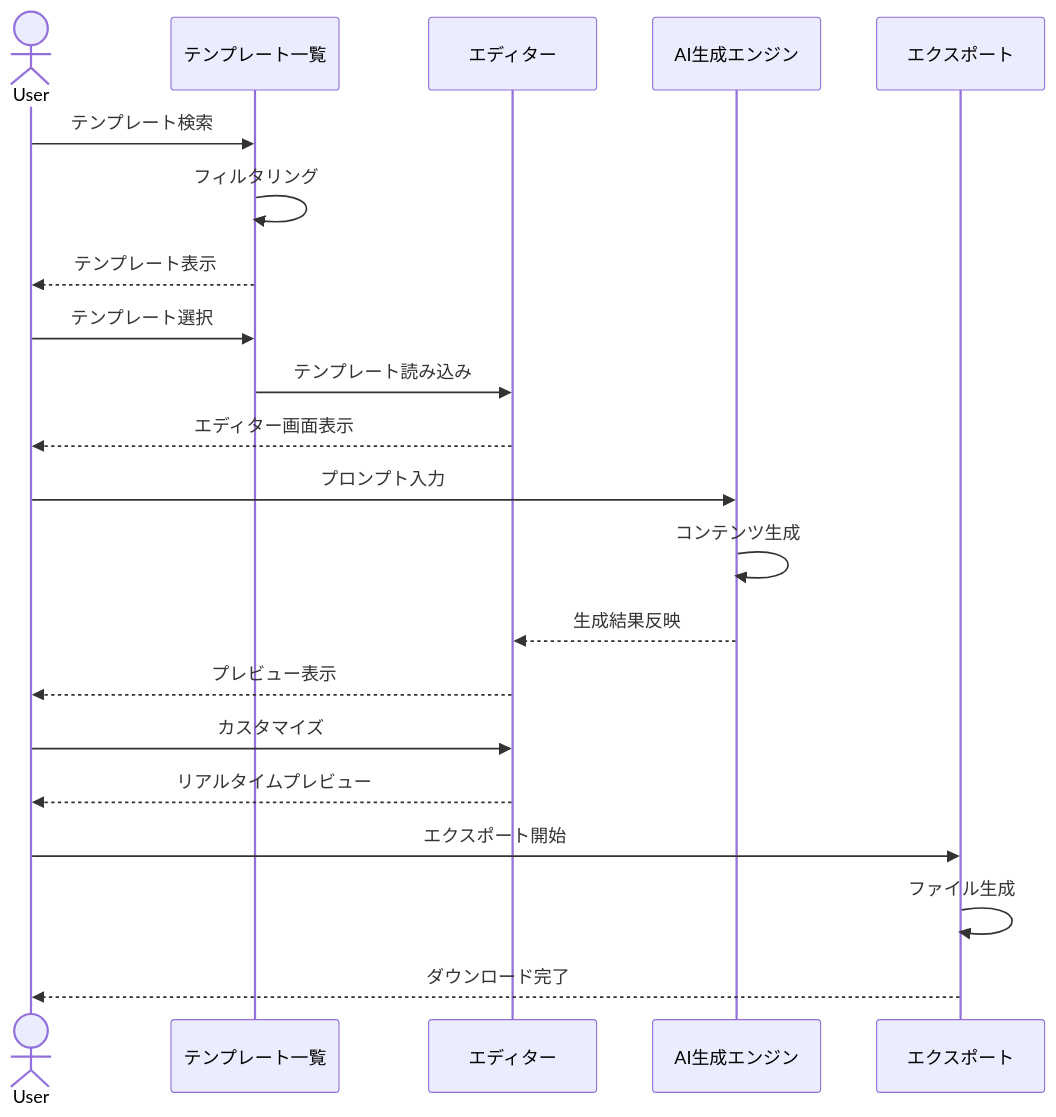
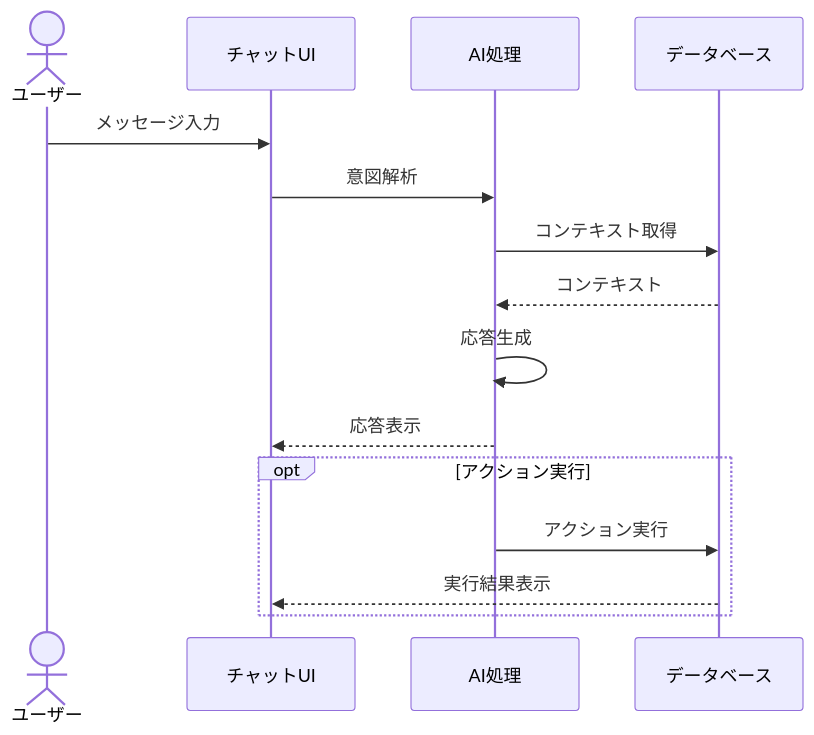
The first of 7 diagrams in docs/OPERATION_FLOW.md (yu-Yoshiaki/coo-maeda), drawn with Mermaid before and after one commit. The commit also changed other lines of this file and 34 other files, not shown here.

````diff
--- a/docs/OPERATION_FLOW.md
+++ b/docs/OPERATION_FLOW.md
@@ -5,28 +7,18 @@
 ```mermaid
 sequenceDiagram
-    actor User
-    participant Template as テンプレート一覧
-    participant Editor as エディター
-    participant AI as AI生成エンジン
-    participant Export as エクスポート
+    actor User as ユーザー
+    participant Chat as チャットUI
+    participant AI as AI処理
+    participant DB as データベース
 
-    User->>Template: テンプレート検索
-    Template->>Template: フィルタリング
-    Template-->>User: テンプレート表示
-
-    User->>Template: テンプレート選択
-    Template->>Editor: テンプレート読み込み
-    Editor-->>User: エディター画面表示
-
-    User->>AI: プロンプト入力
-    AI->>AI: コンテンツ生成
-    AI-->>Editor: 生成結果反映
-    Editor-->>User: プレビュー表示
-
-    User->>Editor: カスタマイズ
-    Editor-->>User: リアルタイムプレビュー
-
-    User->>Export: エクスポート開始
-    Export->>Export: ファイル生成
-    Export-->>User: ダウンロード完了
+    User->>Chat: メッセージ入力
+    Chat->>AI: 意図解析
+    AI->>DB: コンテキスト取得
+    DB-->>AI: コンテキスト
+    AI->>AI: 応答生成
+    AI-->>Chat: 応答表示
+    opt アクション実行
+        AI->>DB: アクション実行
+        DB-->>Chat: 実行結果表示
+    end
 ```
````
